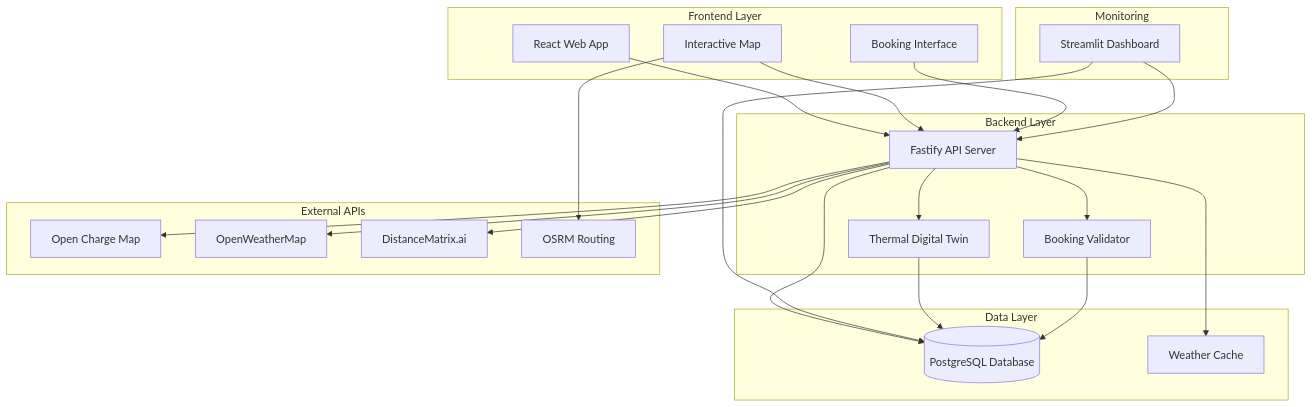
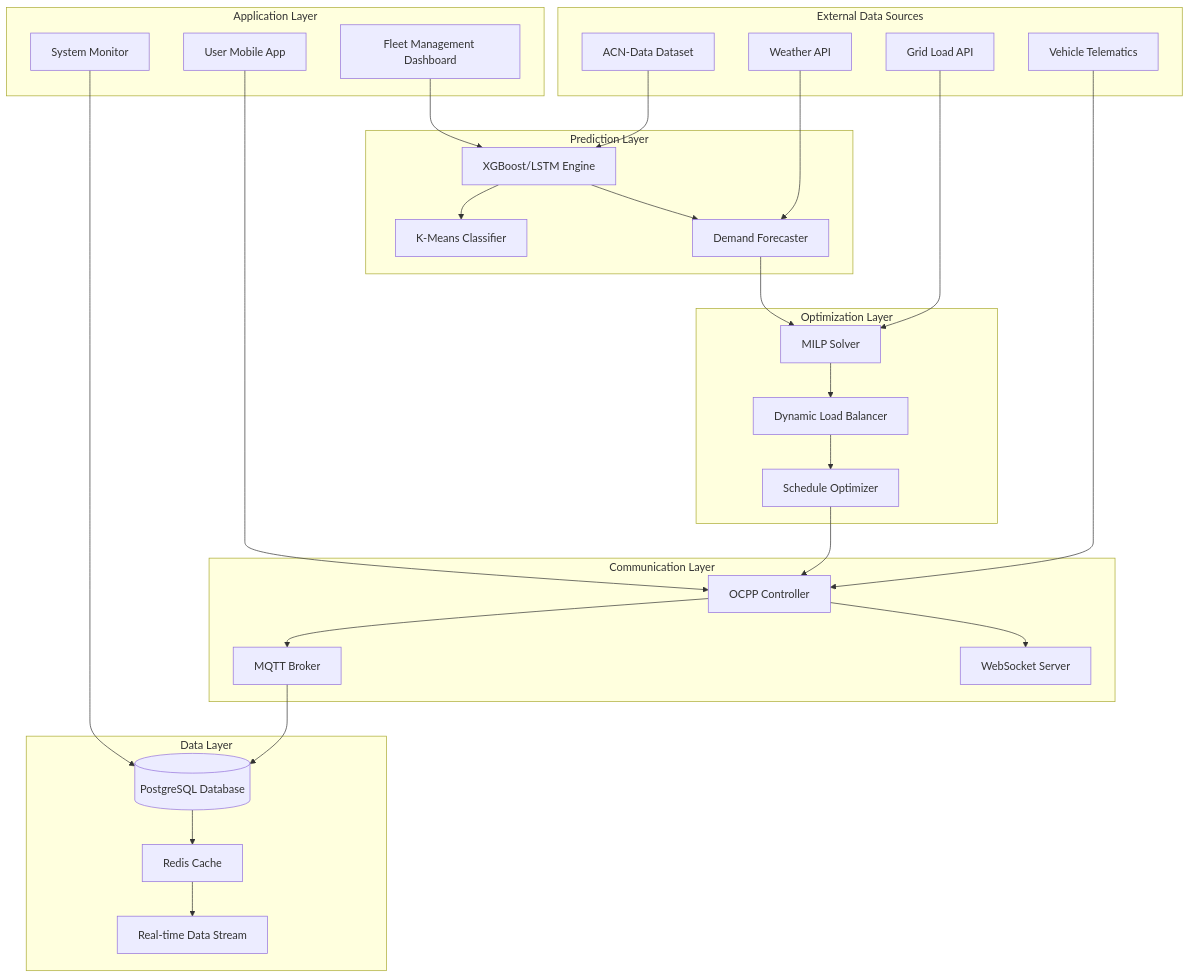
Before and after one commit to lakshmanbhukya/Sentinel-EV: the diagram in .kiro/specs/transformer-sentinel-protocol/design.md, drawn with Mermaid. The commit also changed other lines of this file and 2 other files, not shown here.

````diff
--- a/.kiro/specs/transformer-sentinel-protocol/design.md
+++ b/.kiro/specs/transformer-sentinel-protocol/design.md
@@ -28,50 +33,63 @@
 ```mermaid
 graph TB
-    subgraph "Frontend Layer"
-        UI[React Web App]
-        MAP[Interactive Map]
-        BOOK[Booking Interface]
+    subgraph "Application Layer"
+        DASH[Fleet Management Dashboard]
+        UI[User Mobile App]
+        MONITOR[System Monitor]
     end
     
-    subgraph "Backend Layer"
-        API[Fastify API Server]
-        ENGINE[Thermal Digital Twin]
-        VALID[Booking Validator]
+    subgraph "Prediction Layer"
+        ML[XGBoost/LSTM Engine]
+        CLUSTER[K-Means Classifier]
+        FORECAST[Demand Forecaster]
+    end
+    
+    subgraph "Optimization Layer"
+        MILP[MILP Solver]
+        DLB[Dynamic Load Balancer]
+        SCHEDULE[Schedule Optimizer]
+    end
+    
+    subgraph "Communication Layer"
+        OCPP[OCPP Controller]
+        MQTT[MQTT Broker]
+        WEBSOCKET[WebSocket Server]
     end
     
     subgraph "Data Layer"
         DB[(PostgreSQL Database)]
-        CACHE[Weather Cache]
+        CACHE[Redis Cache]
+        STREAM[Real-time Data Stream]
     end
     
-    subgraph "External APIs"
-        OCM[Open Charge Map]
-        WEATHER[OpenWeatherMap]
-        DISTANCE[DistanceMatrix.ai]
-        OSRM[OSRM Routing]
+    subgraph "External Data Sources"
+        ACN[ACN-Data Dataset]
+        GRID[Grid Load API]
+        WEATHER[Weather API]
+        VEHICLE[Vehicle Telematics]
     end
     
-    subgraph "Monitoring"
-        DASH[Streamlit Dashboard]
-    end
+    DASH --> ML
+    UI --> OCPP
+    MONITOR --> DB
     
-    UI --> API
-    MAP --> API
-    BOOK --> API
+    ML --> CLUSTER
+    ML --> FORECAST
+    FORECAST --> MILP
     
-    API --> ENGINE
-    API --> VALID
-    API --> DB
-    API --> CACHE
+    MILP --> DLB
+    DLB --> SCHEDULE
+    SCHEDULE --> OCPP
     
-    API --> OCM
-    API --> WEATHER
-    API --> DISTANCE
-    MAP --> OSRM
+    OCPP --> MQTT
+    OCPP --> WEBSOCKET
+    MQTT --> DB
     
-    DASH --> DB
-    DASH --> API
+    DB --> CACHE
+    CACHE --> STREAM
     
-    ENGINE --> DB
-    VALID --> DB
+    ACN --> ML
+    GRID --> MILP
+    WEATHER --> FORECAST
+    VEHICLE --> OCPP
 ```
````
